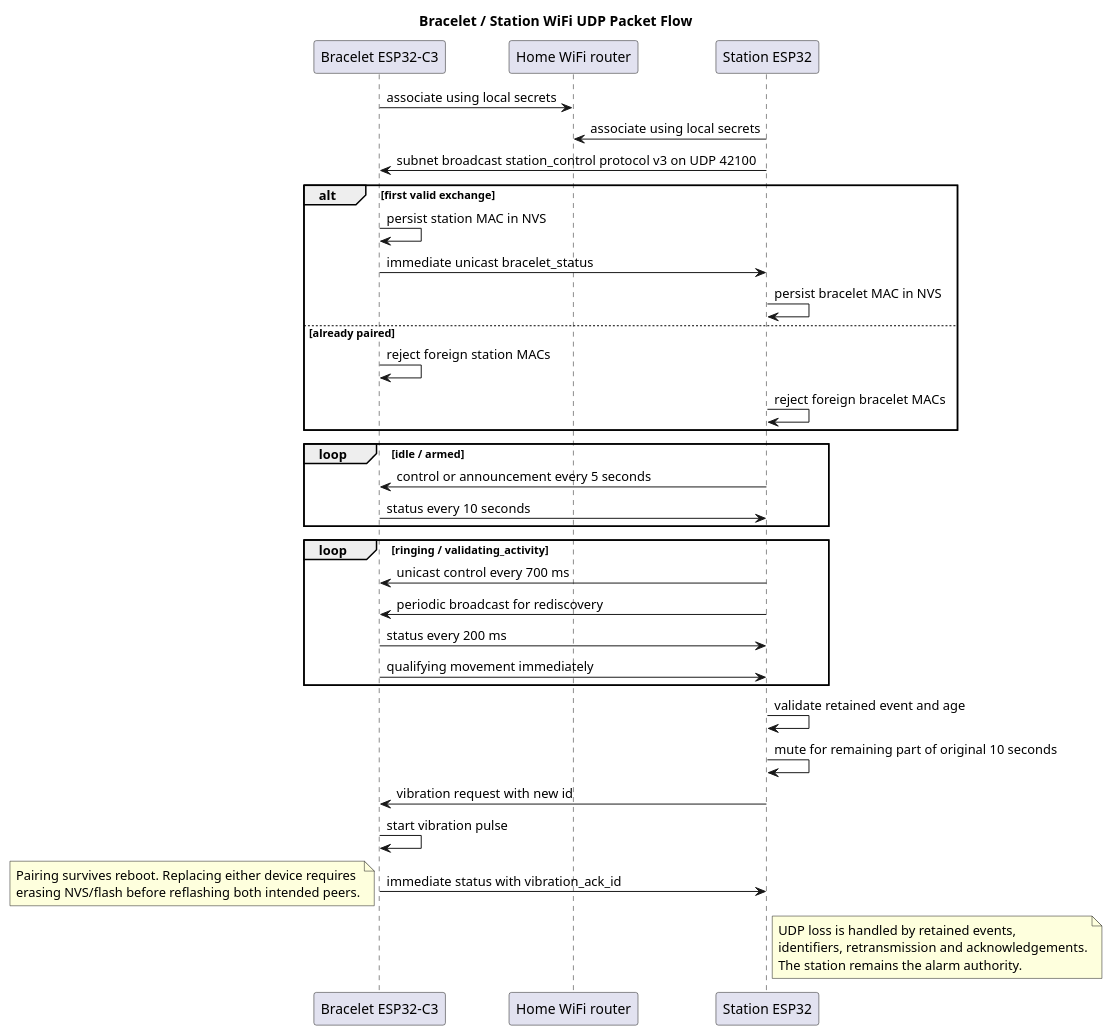
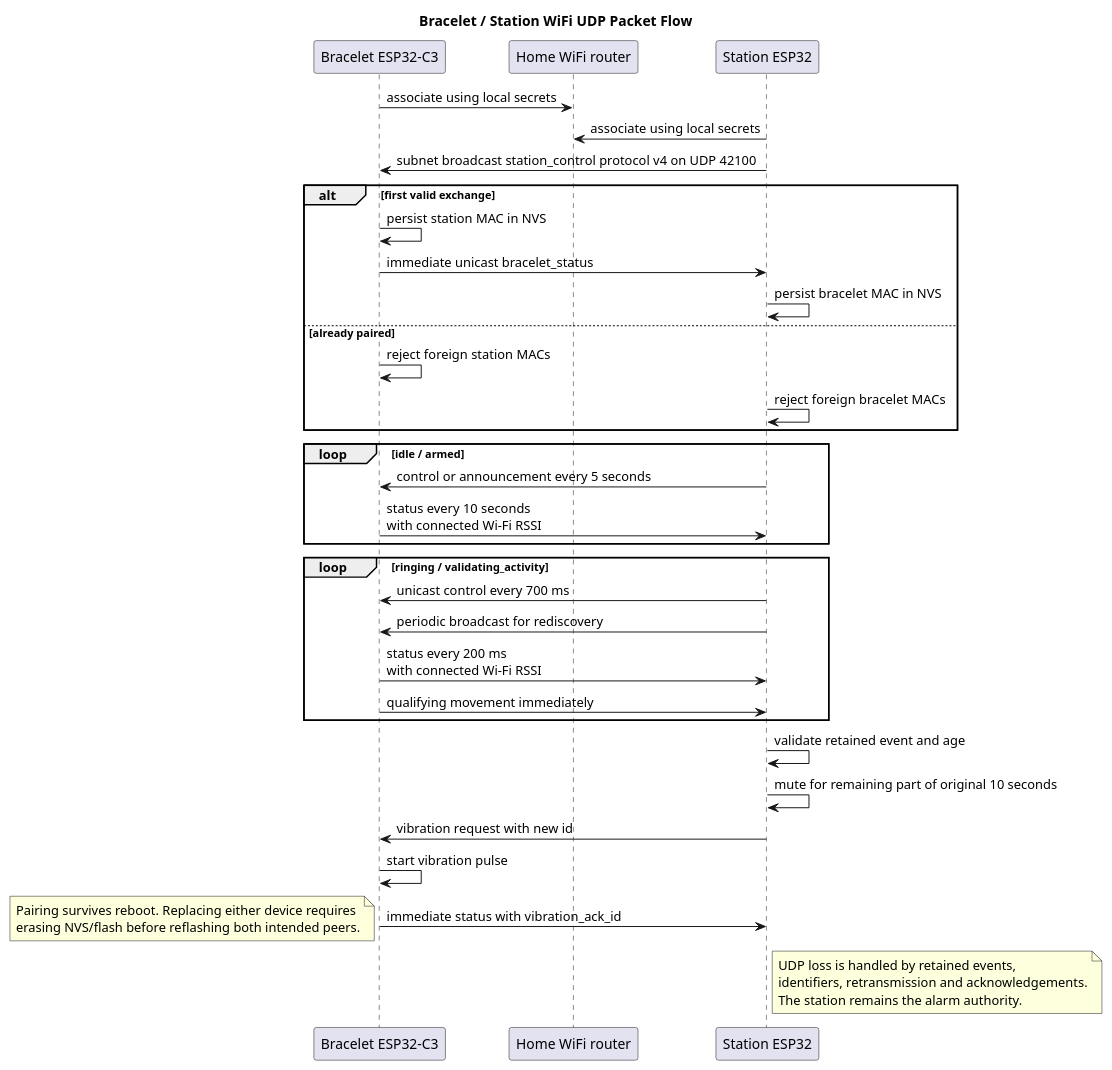
Before and after one commit to Jzn-wbr/Starter: the diagram in code/bracelet/UML/wifi_udp_packet_flow.puml, drawn with PlantUML. The commit also changed 17 other files, not shown here.

```diff
--- a/code/bracelet/UML/wifi_udp_packet_flow.puml
+++ b/code/bracelet/UML/wifi_udp_packet_flow.puml
@@ -1,50 +1,50 @@
 @startuml
 title Bracelet / Station WiFi UDP Packet Flow
 
 participant "Bracelet ESP32-C3" as Bracelet
 participant "Home WiFi router" as Router
 participant "Station ESP32" as Station
 
 Bracelet -> Router : associate using local secrets
 Station -> Router : associate using local secrets
-Station -> Bracelet : subnet broadcast station_control protocol v3 on UDP 42100
+Station -> Bracelet : subnet broadcast station_control protocol v4 on UDP 42100
 
 alt first valid exchange
   Bracelet -> Bracelet : persist station MAC in NVS
   Bracelet -> Station : immediate unicast bracelet_status
   Station -> Station : persist bracelet MAC in NVS
 else already paired
   Bracelet -> Bracelet : reject foreign station MACs
   Station -> Station : reject foreign bracelet MACs
 end
 
 loop idle / armed
   Station -> Bracelet : control or announcement every 5 seconds
-  Bracelet -> Station : status every 10 seconds
+  Bracelet -> Station : status every 10 seconds\nwith connected Wi-Fi RSSI
 end
 
 loop ringing / validating_activity
   Station -> Bracelet : unicast control every 700 ms
   Station -> Bracelet : periodic broadcast for rediscovery
-  Bracelet -> Station : status every 200 ms
+  Bracelet -> Station : status every 200 ms\nwith connected Wi-Fi RSSI
   Bracelet -> Station : qualifying movement immediately
 end
 
 Station -> Station : validate retained event and age
 Station -> Station : mute for remaining part of original 10 seconds
 Station -> Bracelet : vibration request with new id
 Bracelet -> Bracelet : start vibration pulse
 Bracelet -> Station : immediate status with vibration_ack_id
 
 note right of Station
   UDP loss is handled by retained events,
   identifiers, retransmission and acknowledgements.
   The station remains the alarm authority.
 end note
 
 note bottom
   Pairing survives reboot. Replacing either device requires
   erasing NVS/flash before reflashing both intended peers.
 end note
 
 @enduml
```
